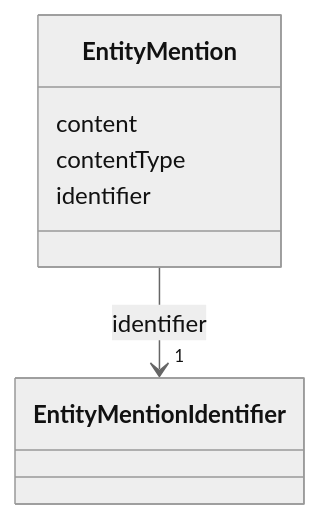
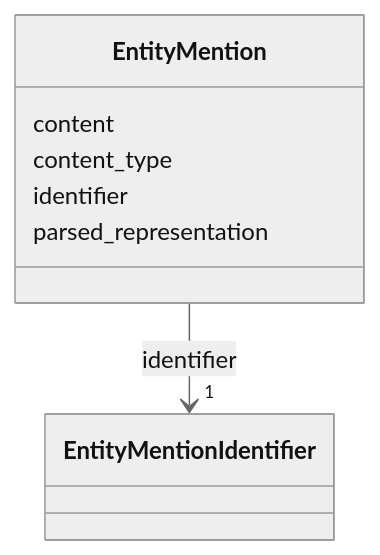
Before and after one commit to OP-TED/entity-resolution-spec: the diagram in docs/schema/EntityMention.md, drawn with Mermaid (neutral theme). The commit also changed other lines of this file and 88 other files, not shown here.

````diff
--- a/docs/schema/EntityMention.md
+++ b/docs/schema/EntityMention.md
@@ -22,21 +22,23 @@
 ```mermaid
  classDiagram
     class EntityMention
     click EntityMention href "../EntityMention/"
       EntityMention : content
         
-      EntityMention : contentType
+      EntityMention : content_type
         
       EntityMention : identifier
         
           
     
         
         
         EntityMention --> "1" EntityMentionIdentifier : identifier
         click EntityMentionIdentifier href "../EntityMentionIdentifier/"
     
 
         
+      EntityMention : parsed_representation
+        
       
 ```
````
